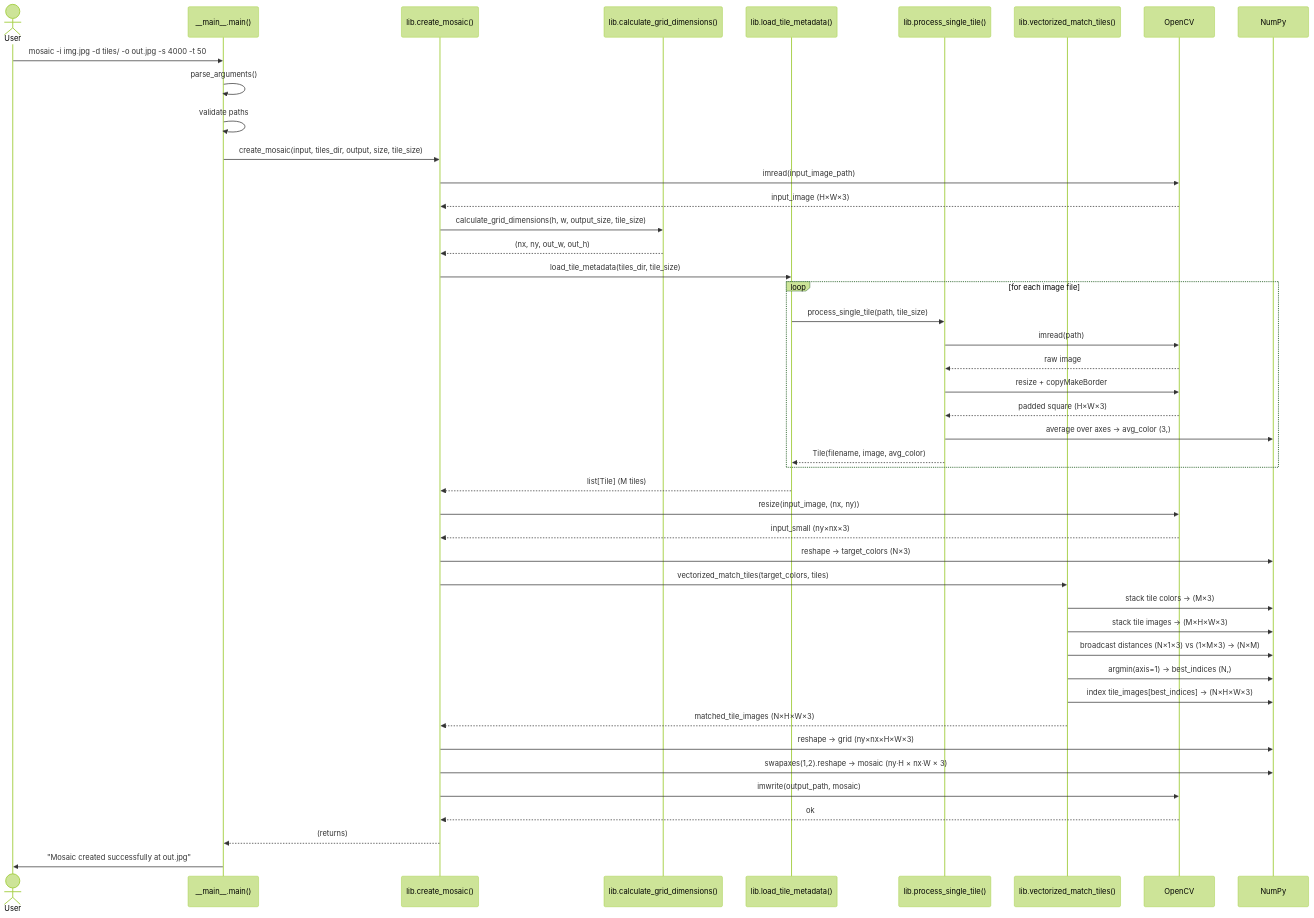
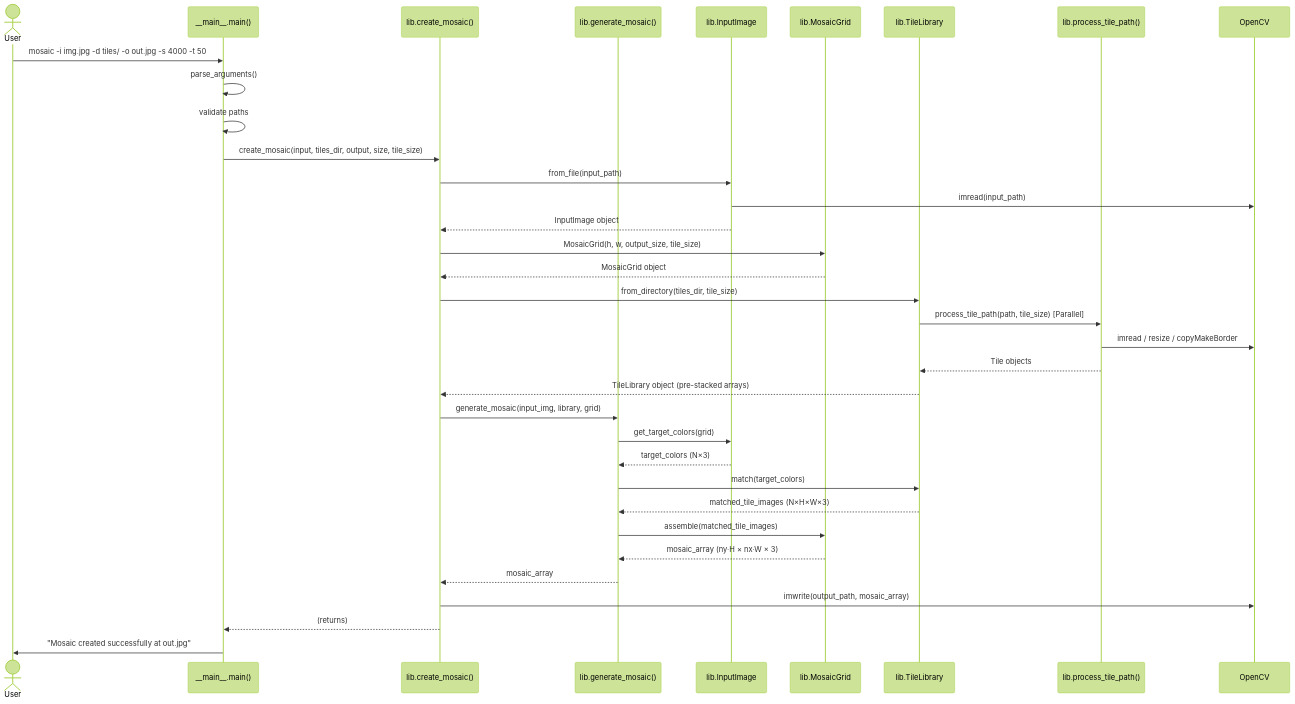
One commit to frankhjung/python-mosaic changed the second of 2 diagrams in doc/architecture.md. Above: the diagram before and after it, drawn with Mermaid (forest theme). The commit also changed other lines of this file and 1 other file, not shown here.

Commit message:
docs: update architecture diagrams and document new test files

````diff
--- a/doc/architecture.md
+++ b/doc/architecture.md
@@ -105,58 +106,49 @@
 ```mermaid
 sequenceDiagram
     actor User
     participant CLI as __main__.main()
-    participant lib as lib.create_mosaic()
-    participant grid as lib.calculate_grid_dimensions()
-    participant loader as lib.load_tile_metadata()
-    participant tile as lib.process_single_tile()
-    participant match as lib.vectorized_match_tiles()
+    participant Shell as lib.create_mosaic()
+    participant Core as lib.generate_mosaic()
+    participant Input as lib.InputImage
+    participant Grid as lib.MosaicGrid
+    participant Lib as lib.TileLibrary
+    participant Proc as lib.process_tile_path()
     participant cv2 as OpenCV
-    participant np as NumPy
 
     User->>CLI: mosaic -i img.jpg -d tiles/ -o out.jpg -s 4000 -t 50
 
     CLI->>CLI: parse_arguments()
     CLI->>CLI: validate paths
 
-    CLI->>lib: create_mosaic(input, tiles_dir, output, size, tile_size)
+    CLI->>Shell: create_mosaic(input, tiles_dir, output, size, tile_size)
 
-    lib->>cv2: imread(input_image_path)
-    cv2-->>lib: input_image (H×W×3)
+    Shell->>Input: from_file(input_path)
+    Input->>cv2: imread(input_path)
+    Input-->>Shell: InputImage object
 
-    lib->>grid: calculate_grid_dimensions(h, w, output_size, tile_size)
-    grid-->>lib: (nx, ny, out_w, out_h)
+    Shell->>Grid: MosaicGrid(h, w, output_size, tile_size)
+    Grid-->>Shell: MosaicGrid object
 
-    lib->>loader: load_tile_metadata(tiles_dir, tile_size)
-    loop for each image file
-        loader->>tile: process_single_tile(path, tile_size)
-        tile->>cv2: imread(path)
-        cv2-->>tile: raw image
-        tile->>cv2: resize + copyMakeBorder
-        cv2-->>tile: padded square (H×W×3)
-        tile->>np: average over axes → avg_color (3,)
-        tile-->>loader: Tile(filename, image, avg_color)
-    end
-    loader-->>lib: list[Tile]  (M tiles)
+    Shell->>Lib: from_directory(tiles_dir, tile_size)
+    Lib->>Proc: process_tile_path(path, tile_size) [Parallel]
+    Proc->>cv2: imread / resize / copyMakeBorder
+    Proc-->>Lib: Tile objects
+    Lib-->>Shell: TileLibrary object (pre-stacked arrays)
 
-    lib->>cv2: resize(input_image, (nx, ny))
-    cv2-->>lib: input_small (ny×nx×3)
-    lib->>np: reshape → target_colors (N×3)
+    Shell->>Core: generate_mosaic(input_img, library, grid)
 
-    lib->>match: vectorized_match_tiles(target_colors, tiles)
-    match->>np: stack tile colors → (M×3)
-    match->>np: stack tile images → (M×H×W×3)
-    match->>np: broadcast distances (N×1×3) vs (1×M×3) → (N×M)
-    match->>np: argmin(axis=1) → best_indices (N,)
-    match->>np: index tile_images[best_indices] → (N×H×W×3)
-    match-->>lib: matched_tile_images (N×H×W×3)
+    Core->>Input: get_target_colors(grid)
+    Input-->>Core: target_colors (N×3)
 
-    lib->>np: reshape → grid (ny×nx×H×W×3)
-    lib->>np: swapaxes(1,2).reshape → mosaic (ny·H × nx·W × 3)
+    Core->>Lib: match(target_colors)
+    Lib-->>Core: matched_tile_images (N×H×W×3)
 
-    lib->>cv2: imwrite(output_path, mosaic)
-    cv2-->>lib: ok
+    Core->>Grid: assemble(matched_tile_images)
+    Grid-->>Core: mosaic_array (ny·H × nx·W × 3)
 
-    lib-->>CLI: (returns)
+    Core-->>Shell: mosaic_array
+
+    Shell->>cv2: imwrite(output_path, mosaic_array)
+    Shell-->>CLI: (returns)
     CLI->>User: "Mosaic created successfully at out.jpg"
 ```
````
